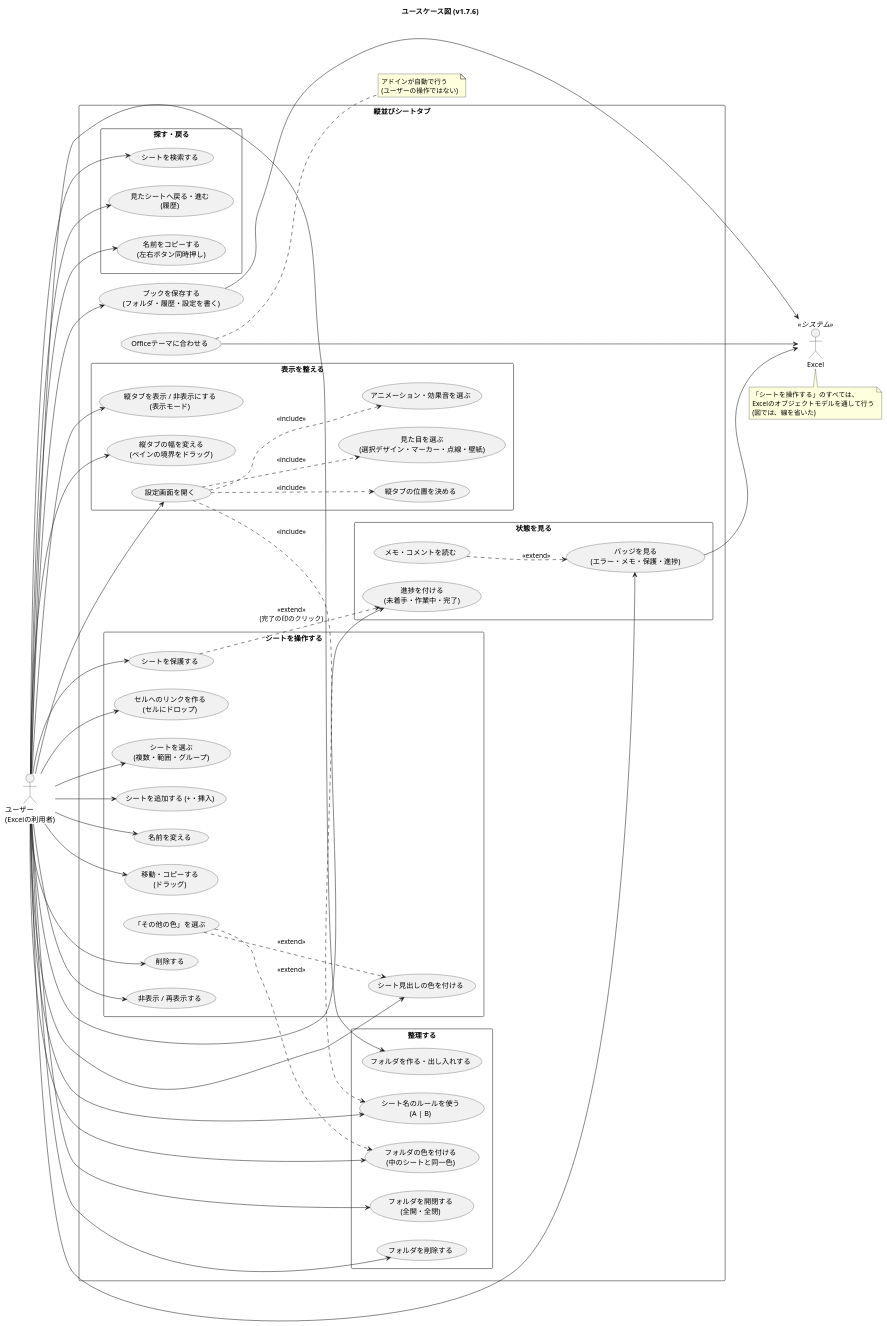
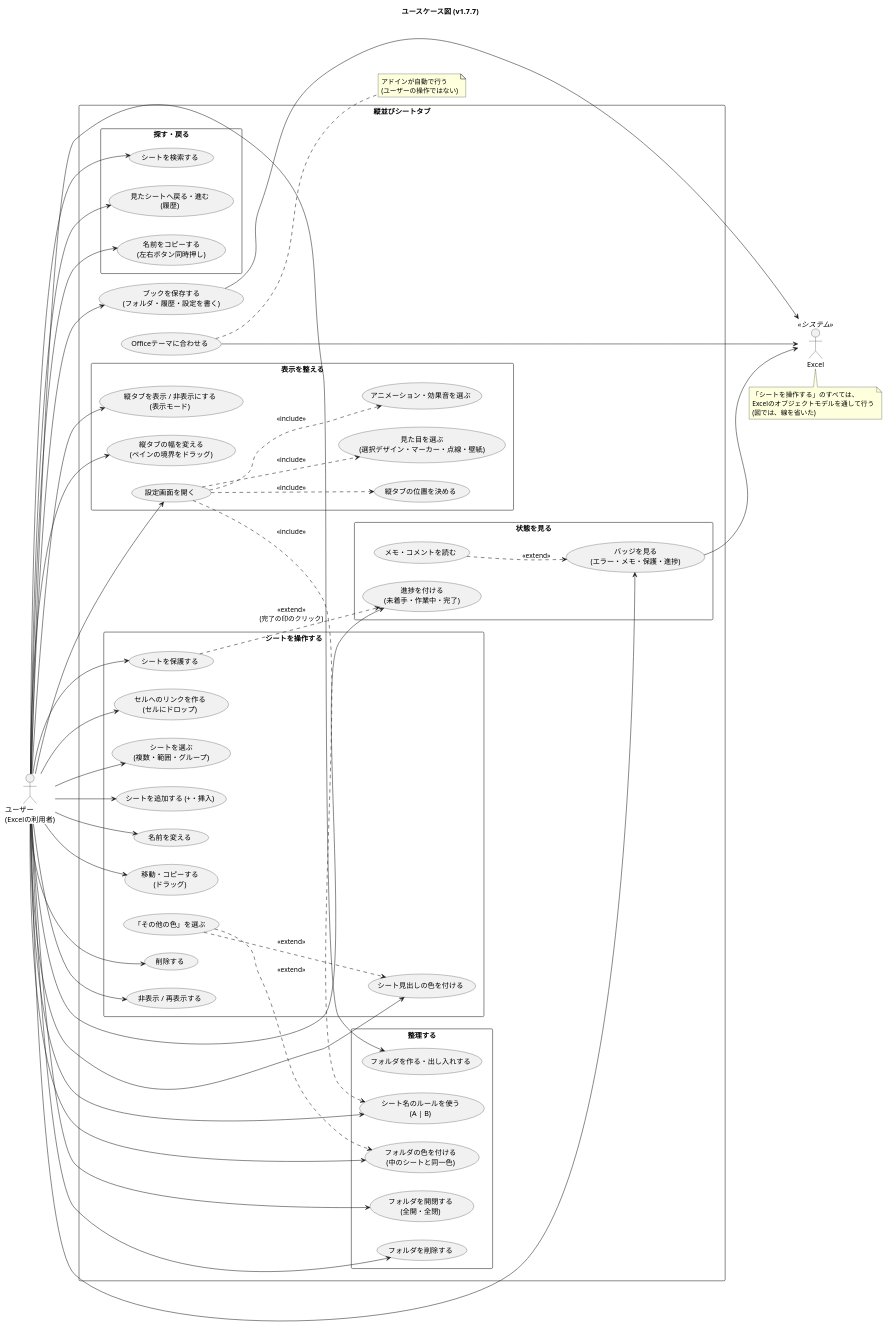
One commit to nk-taka623/VerticalSheetTabs changed the diagram in docs/usecase.puml. Above: the diagram before and after it, drawn with PlantUML. The commit also changed 15 other files, not shown here.

Commit message:
v1.7.7: バージョンを上げる (README の変更点、設定画面の画像、図)

```diff
--- a/docs/usecase.puml
+++ b/docs/usecase.puml
@@ -1,105 +1,105 @@
 @startuml
-title ユースケース図 (v1.7.6)
+title ユースケース図 (v1.7.7)
 left to right direction
 skinparam shadowing false
 skinparam packageStyle rectangle
 
 actor "ユーザー\n(Excelの利用者)" as U
 actor "Excel" as XL <<システム>>
 
 rectangle "縦並びシートタブ" {
 
   package "シートを操作する" {
     usecase "シートを選ぶ\n(複数・範囲・グループ)" as UC_SEL
     usecase "シートを追加する (+・挿入)" as UC_ADD
     usecase "名前を変える" as UC_REN
     usecase "移動・コピーする\n(ドラッグ)" as UC_MOVE
     usecase "削除する" as UC_DEL
     usecase "非表示 / 再表示する" as UC_HIDE
     usecase "シート見出しの色を付ける" as UC_COLOR
     usecase "「その他の色」を選ぶ" as UC_MORE
     usecase "シートを保護する" as UC_PROT
     usecase "セルへのリンクを作る\n(セルにドロップ)" as UC_LINK
   }
 
   package "整理する" {
     usecase "フォルダを作る・出し入れする" as UC_FOLDER
     usecase "フォルダを開閉する\n(全開・全閉)" as UC_TOGGLE
     usecase "フォルダの色を付ける\n(中のシートと同一色)" as UC_FCOLOR
     usecase "フォルダを削除する" as UC_FDEL
     usecase "シート名のルールを使う\n(A | B)" as UC_RULE
   }
 
   package "探す・戻る" {
     usecase "シートを検索する" as UC_SEARCH
     usecase "見たシートへ戻る・進む\n(履歴)" as UC_HIST
     usecase "名前をコピーする\n(左右ボタン同時押し)" as UC_COPY
   }
 
   package "状態を見る" {
     usecase "バッジを見る\n(エラー・メモ・保護・進捗)" as UC_BADGE
     usecase "メモ・コメントを読む" as UC_MEMO
     usecase "進捗を付ける\n(未着手・作業中・完了)" as UC_PROG
   }
 
   package "表示を整える" {
     usecase "縦タブを表示 / 非表示にする\n(表示モード)" as UC_MODE
     usecase "縦タブの位置を決める" as UC_SIDE
     usecase "縦タブの幅を変える\n(ペインの境界をドラッグ)" as UC_WIDTH
     usecase "設定画面を開く" as UC_SET
     usecase "見た目を選ぶ\n(選択デザイン・マーカー・点線・壁紙)" as UC_LOOK
     usecase "アニメーション・効果音を選ぶ" as UC_ANIM
   }
 
   usecase "ブックを保存する\n(フォルダ・履歴・設定を書く)" as UC_SAVE
   usecase "Officeテーマに合わせる" as UC_THEME
 }
 
 U --> UC_SEL
 U --> UC_ADD
 U --> UC_REN
 U --> UC_MOVE
 U --> UC_DEL
 U --> UC_HIDE
 U --> UC_COLOR
 U --> UC_PROT
 U --> UC_LINK
 U --> UC_FOLDER
 U --> UC_TOGGLE
 U --> UC_FCOLOR
 U --> UC_FDEL
 U --> UC_RULE
 U --> UC_SEARCH
 U --> UC_HIST
 U --> UC_COPY
 U --> UC_BADGE
 U --> UC_PROG
 U --> UC_MODE
 U --> UC_WIDTH
 U --> UC_SET
 U --> UC_SAVE
 
 UC_MORE ..> UC_COLOR : <<extend>>
 UC_MORE ..> UC_FCOLOR : <<extend>>
 UC_MEMO ..> UC_BADGE : <<extend>>
 UC_PROT ..> UC_PROG : <<extend>>\n(完了の印のクリック)
 UC_SET ..> UC_SIDE : <<include>>
 UC_SET ..> UC_LOOK : <<include>>
 UC_SET ..> UC_ANIM : <<include>>
 UC_SET ..> UC_RULE : <<include>>
 
 UC_SAVE --> XL
 UC_THEME --> XL
 UC_BADGE --> XL
 
 note bottom of XL
   「シートを操作する」のすべては、
   Excelのオブジェクトモデルを通して行う
   (図では、線を省いた)
 end note
 
 note right of UC_THEME
   アドインが自動で行う
   (ユーザーの操作ではない)
 end note
 @enduml
```
